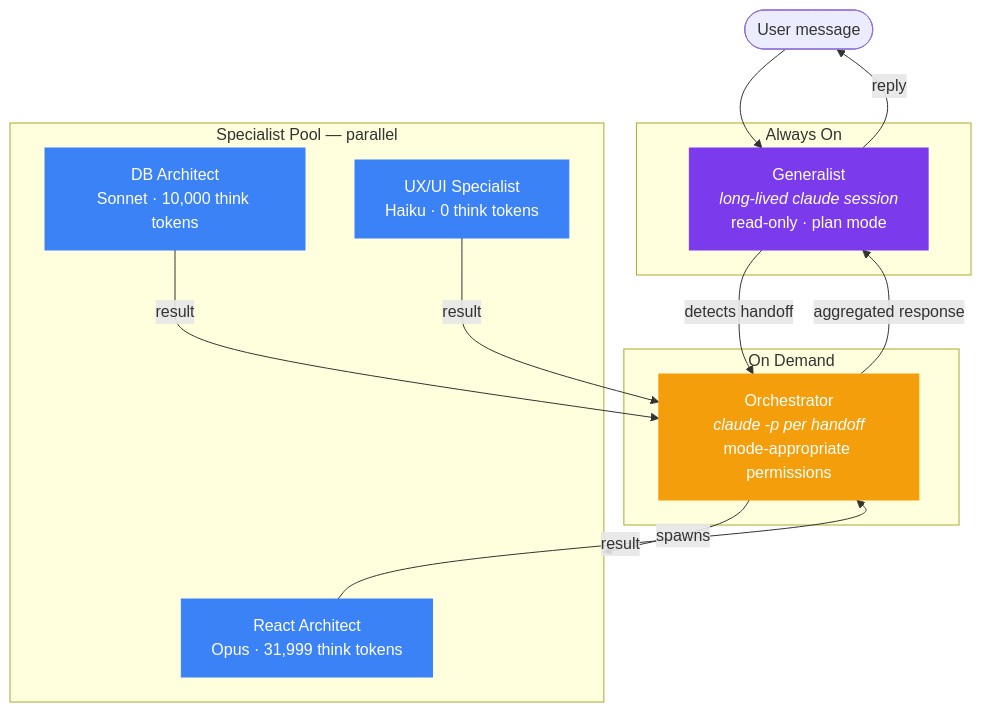
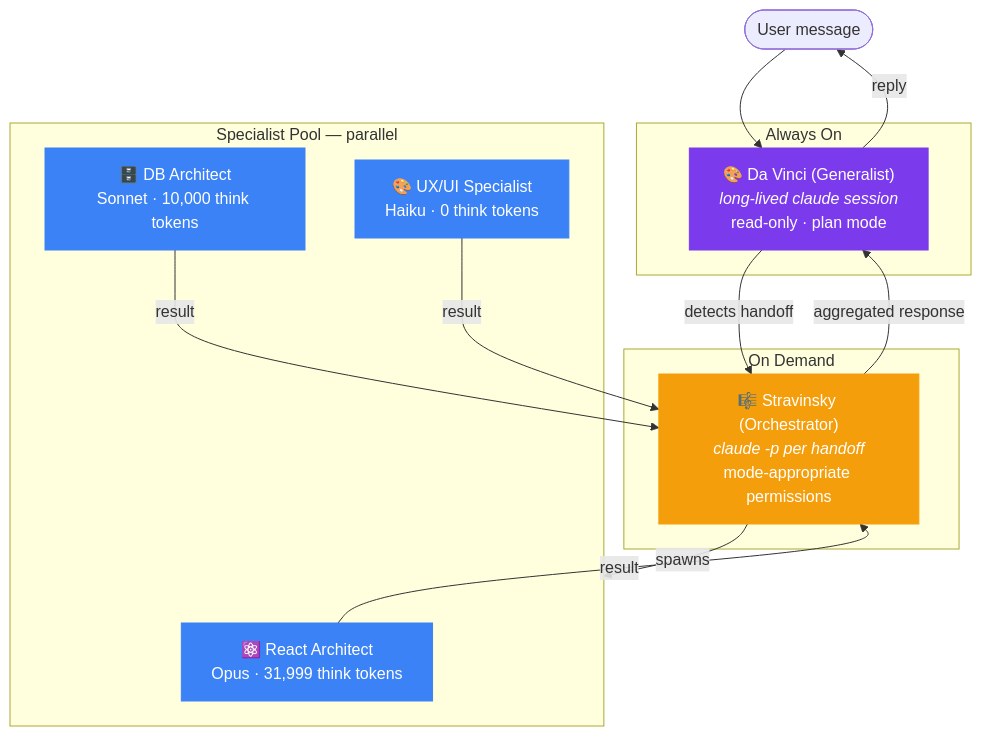
Before and after one commit to unosquare-eduardotorres/CodeAtelier: the third of 4 diagrams in README.md, drawn with Mermaid. The commit also changed other lines of this file, not shown here.

First line of the commit message:
Add agent names and icons to README diagrams

````diff
--- a/README.md
+++ b/README.md
@@ -157,34 +159,34 @@
 ```mermaid
 flowchart TD
     User([User message]) --> G
 
     subgraph Always On
-        G[Generalist<br/><i>long-lived claude session</i><br/>read-only · plan mode]
+        G["🎨 Da Vinci (Generalist)<br/><i>long-lived claude session</i><br/>read-only · plan mode"]
     end
 
     G -->|detects handoff| O
 
     subgraph On Demand
-        O[Orchestrator<br/><i>claude -p per handoff</i><br/>mode-appropriate permissions]
+        O["🎼 Stravinsky (Orchestrator)<br/><i>claude -p per handoff</i><br/>mode-appropriate permissions"]
     end
 
     O -->|spawns| pool
 
     subgraph pool [Specialist Pool — parallel]
-        S1[React Architect<br/>Opus · 31,999 think tokens]
-        S2[DB Architect<br/>Sonnet · 10,000 think tokens]
-        S3[UX/UI Specialist<br/>Haiku · 0 think tokens]
+        S1["⚛️ React Architect<br/>Opus · 31,999 think tokens"]
+        S2["🗄️ DB Architect<br/>Sonnet · 10,000 think tokens"]
+        S3["🎨 UX/UI Specialist<br/>Haiku · 0 think tokens"]
     end
 
     S1 -->|result| O
     S2 -->|result| O
     S3 -->|result| O
     O -->|aggregated response| G
     G -->|reply| User
 
     style G fill:#7c3aed,color:#fff,stroke:#7c3aed
     style O fill:#f59e0b,color:#fff,stroke:#f59e0b
     style S1 fill:#3b82f6,color:#fff,stroke:#3b82f6
     style S2 fill:#3b82f6,color:#fff,stroke:#3b82f6
     style S3 fill:#3b82f6,color:#fff,stroke:#3b82f6
 ```
````
